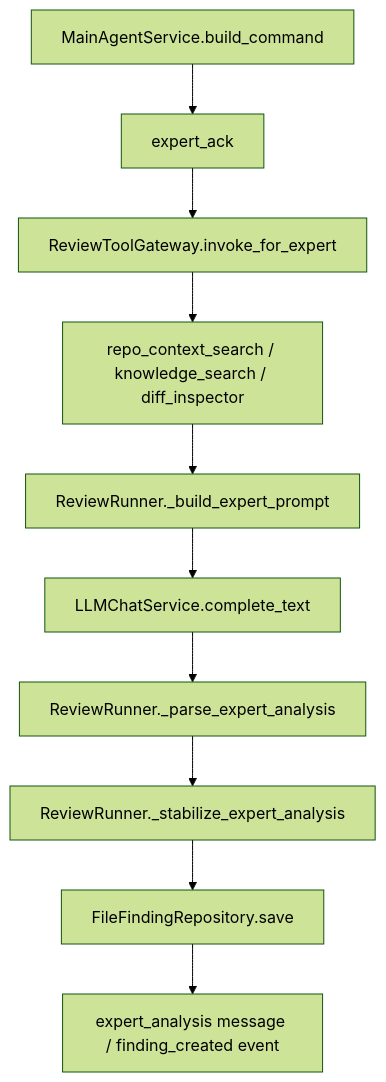
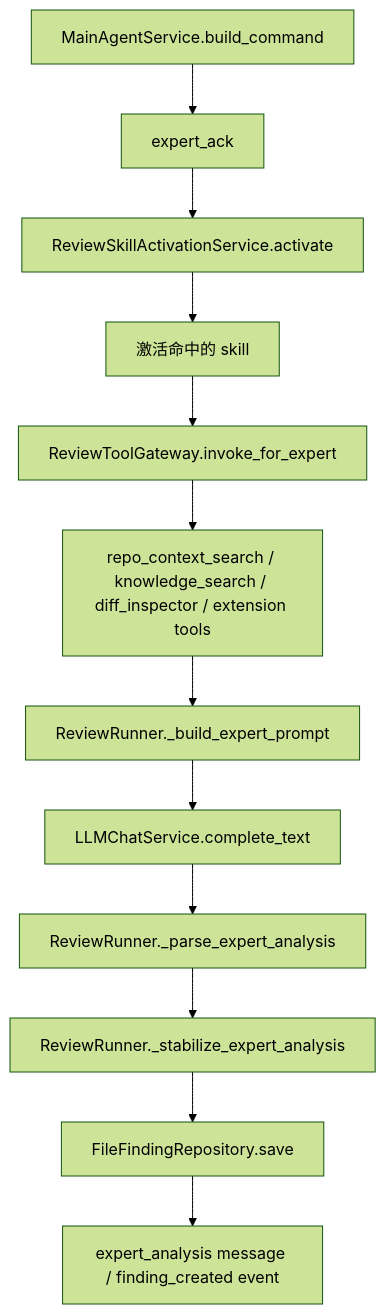
Before and after one commit to neochen1991/multi-codereview-agent: the fourth of 6 diagrams in docs/architecture/code-wiki.md, drawn with Mermaid (forest theme). The commit also changed other lines of this file and 40 other files, not shown here.

````diff
--- a/docs/architecture/code-wiki.md
+++ b/docs/architecture/code-wiki.md
@@ -229,12 +343,14 @@
 ```mermaid
 flowchart TD
   A["MainAgentService.build_command"] --> B["expert_ack"]
-  B --> C["ReviewToolGateway.invoke_for_expert"]
-  C --> D["repo_context_search / knowledge_search / diff_inspector"]
-  D --> E["ReviewRunner._build_expert_prompt"]
-  E --> F["LLMChatService.complete_text"]
-  F --> G["ReviewRunner._parse_expert_analysis"]
-  G --> H["ReviewRunner._stabilize_expert_analysis"]
-  H --> I["FileFindingRepository.save"]
-  I --> J["expert_analysis message / finding_created event"]
+  B --> C["ReviewSkillActivationService.activate"]
+  C --> D["激活命中的 skill"]
+  D --> E["ReviewToolGateway.invoke_for_expert"]
+  E --> F["repo_context_search / knowledge_search / diff_inspector / extension tools"]
+  F --> G["ReviewRunner._build_expert_prompt"]
+  G --> H["LLMChatService.complete_text"]
+  H --> I["ReviewRunner._parse_expert_analysis"]
+  I --> J["ReviewRunner._stabilize_expert_analysis"]
+  J --> K["FileFindingRepository.save"]
+  K --> L["expert_analysis message / finding_created event"]
 ```
````
